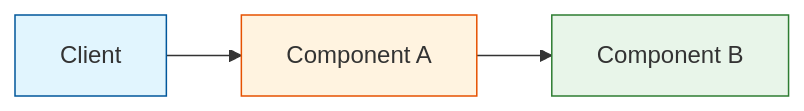
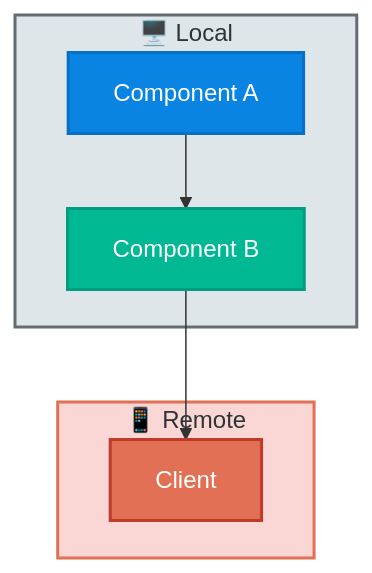
Before and after one commit to acking-you/myclaude-skills: the first of 3 diagrams in skills/tech-blog/SKILL.md, drawn with Mermaid. The commit also changed other lines of this file, not shown here.

````diff
--- a/skills/tech-blog/SKILL.md
+++ b/skills/tech-blog/SKILL.md
@@ -115,7 +89,16 @@
 ```mermaid
-flowchart LR
-    A[Client] --> B[Component A] --> C[Component B]
-    style A fill:#e1f5fe,stroke:#01579b
-    style B fill:#fff3e0,stroke:#e65100
-    style C fill:#e8f5e9,stroke:#2e7d32
+graph TB
+    subgraph local["🖥️ Local"]
+        A["Component A"]
+        B["Component B"]
+    end
+    subgraph remote["📱 Remote"]
+        C["Client"]
+    end
+    A --> B --> C
+    style A fill:#0984E3,stroke:#0770C2,color:#fff,stroke-width:2px
+    style B fill:#00B894,stroke:#009D7E,color:#fff,stroke-width:2px
+    style C fill:#E17055,stroke:#C0392B,color:#fff,stroke-width:2px
+    style local fill:#DFE6E9,stroke:#636E72,stroke-width:2px,color:#2D3436
+    style remote fill:#FAD7D4,stroke:#E17055,stroke-width:2px,color:#2D3436
 ```
````
